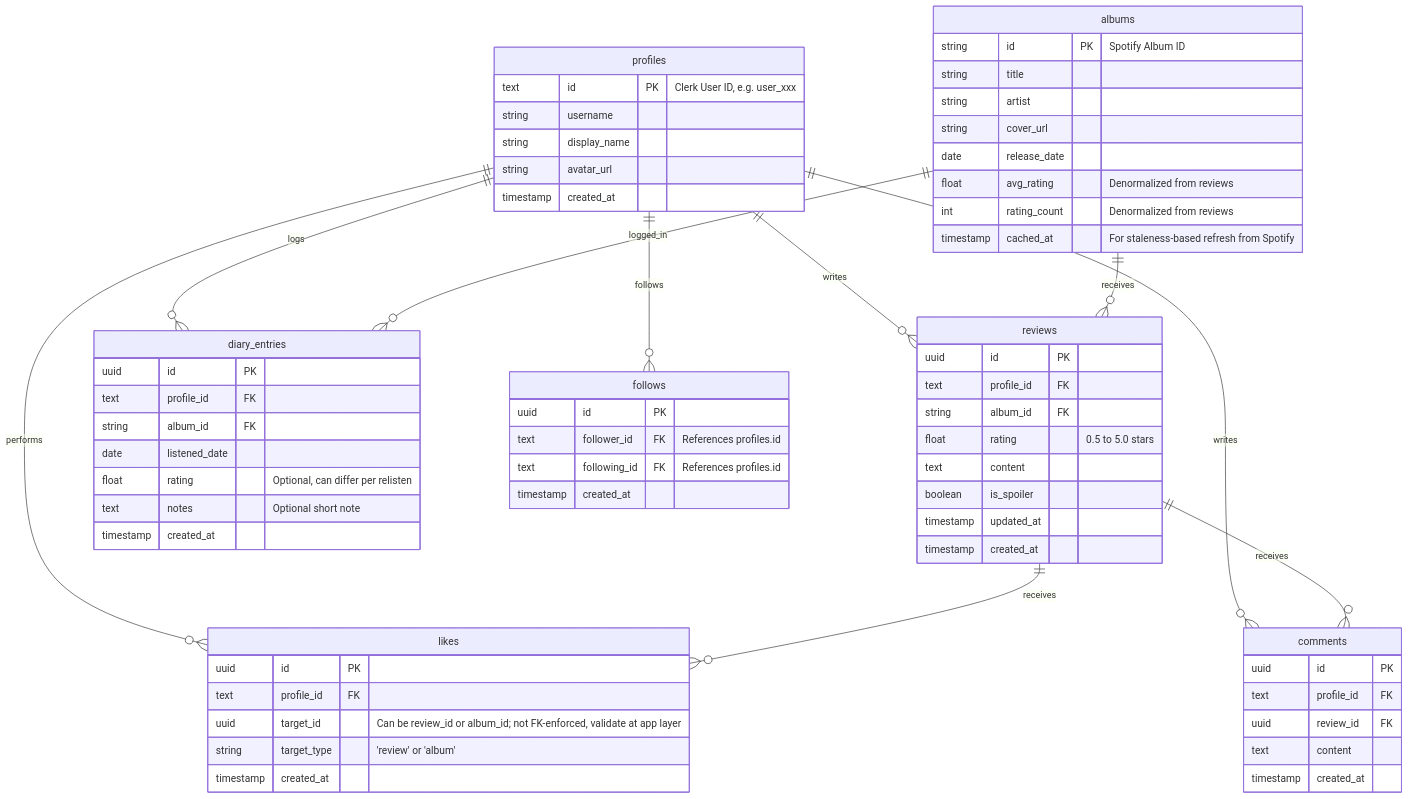
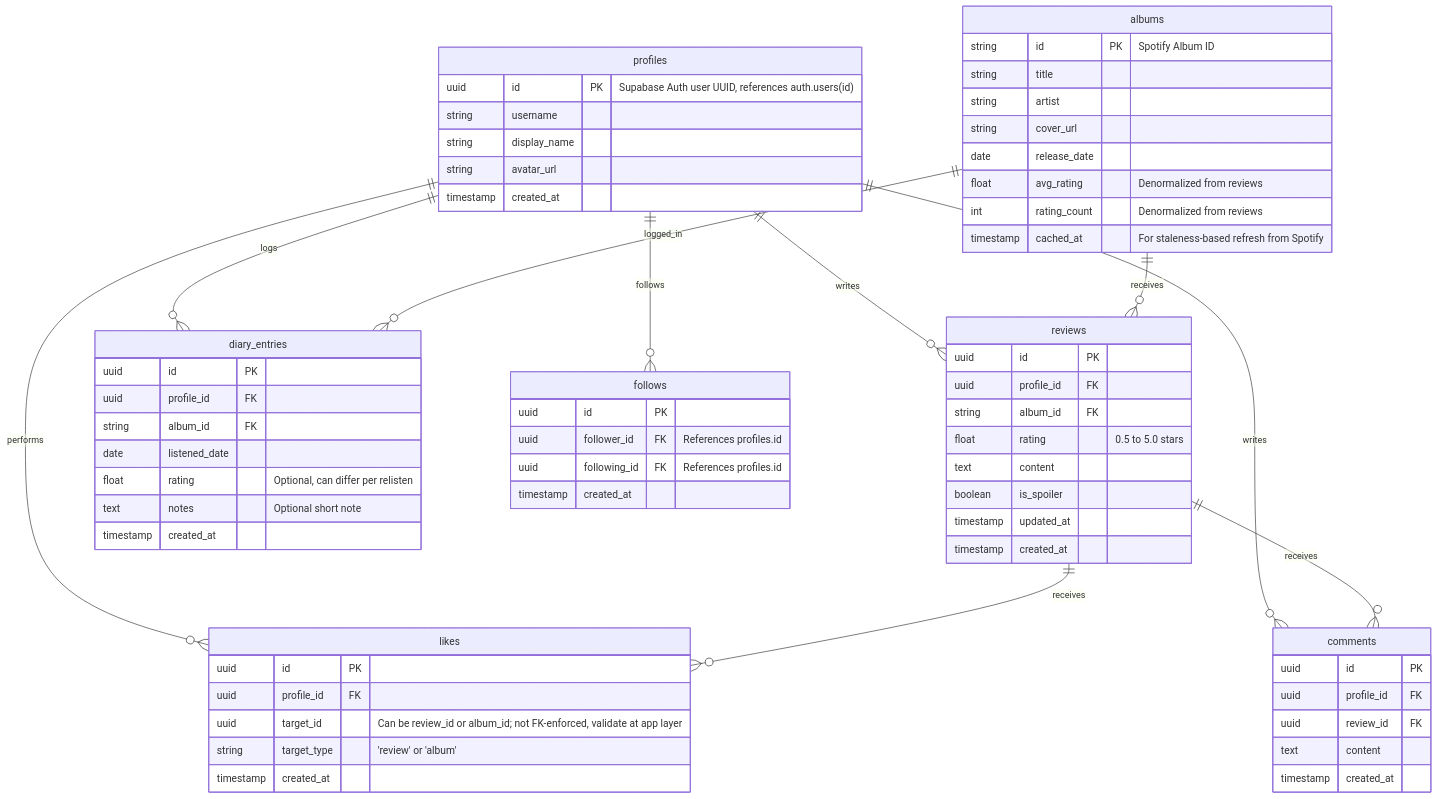
The diagram in docs/implementation_plan.md (Charlemagnes/deepcutz), drawn with Mermaid before and after one commit. The commit also changed other lines of this file and 24 other files, not shown here.

````diff
--- a/docs/implementation_plan.md
+++ b/docs/implementation_plan.md
@@ -24,75 +24,75 @@
 ```mermaid
 erDiagram
     profiles ||--o{ reviews : writes
     profiles ||--o{ diary_entries : logs
     profiles ||--o{ likes : performs
     profiles ||--o{ follows : follows
     profiles ||--o{ comments : writes
     albums ||--o{ reviews : receives
     albums ||--o{ diary_entries : logged_in
     reviews ||--o{ likes : receives
     reviews ||--o{ comments : receives
 
     profiles {
-        text id PK "Clerk User ID, e.g. user_xxx"
+        uuid id PK "Supabase Auth user UUID, references auth.users(id)"
         string username
         string display_name
         string avatar_url
         timestamp created_at
     }
 
     albums {
         string id PK "Spotify Album ID"
         string title
         string artist
         string cover_url
         date release_date
         float avg_rating "Denormalized from reviews"
         int rating_count "Denormalized from reviews"
         timestamp cached_at "For staleness-based refresh from Spotify"
     }
 
     reviews {
         uuid id PK
-        text profile_id FK
+        uuid profile_id FK
         string album_id FK
         float rating "0.5 to 5.0 stars"
         text content
         boolean is_spoiler
         timestamp updated_at
         timestamp created_at
     }
 
     diary_entries {
         uuid id PK
-        text profile_id FK
+        uuid profile_id FK
         string album_id FK
         date listened_date
         float rating "Optional, can differ per relisten"
         text notes "Optional short note"
         timestamp created_at
     }
 
     likes {
         uuid id PK
-        text profile_id FK
+        uuid profile_id FK
         uuid target_id "Can be review_id or album_id; not FK-enforced, validate at app layer"
         string target_type "'review' or 'album'"
         timestamp created_at
     }
 
     follows {
         uuid id PK
-        text follower_id FK "References profiles.id"
-        text following_id FK "References profiles.id"
+        uuid follower_id FK "References profiles.id"
+        uuid following_id FK "References profiles.id"
         timestamp created_at
     }
 
     comments {
         uuid id PK
-        text profile_id FK
+        uuid profile_id FK
         uuid review_id FK
         text content
         timestamp created_at
     }
 ```
````
